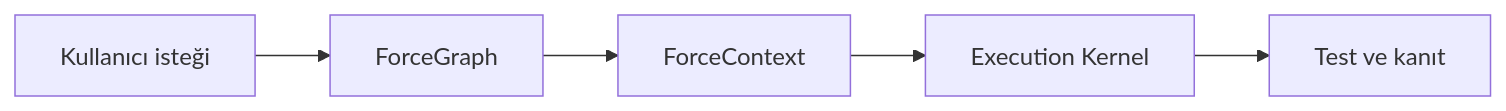
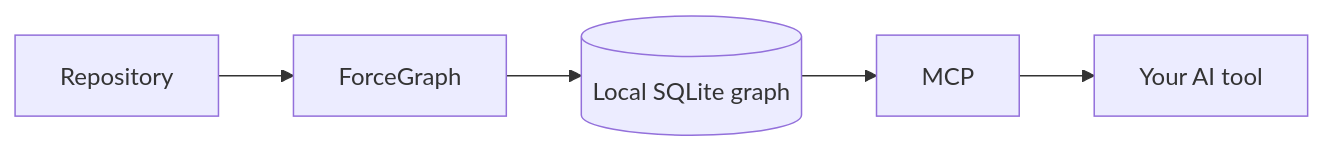
The diagram in README.md (samansarmasik-alt/code-review-graph), drawn with Mermaid before and after one commit. The commit also changed other lines of this file and 14 other files, not shown here.

````diff
--- a/README.md
+++ b/README.md
@@ -145,7 +72,7 @@
 ```mermaid
 flowchart LR
-    A[Kullanıcı isteği] --> B[ForceGraph]
-    B --> C[ForceContext]
-    C --> D[Execution Kernel]
-    D --> E[Test ve kanıt]
+    A[Repository] --> B[ForceGraph]
+    B --> C[(Local SQLite graph)]
+    C --> D[MCP]
+    D --> E[Your AI tool]
 ```
````
